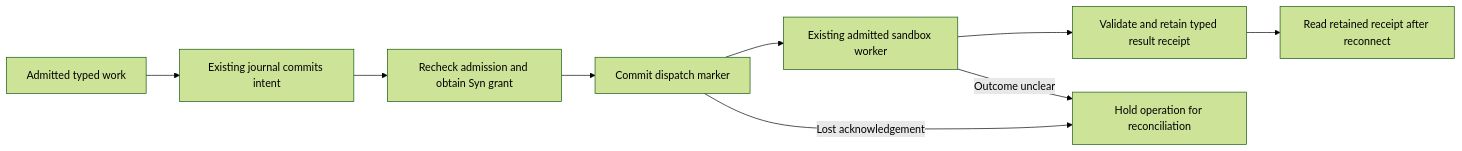
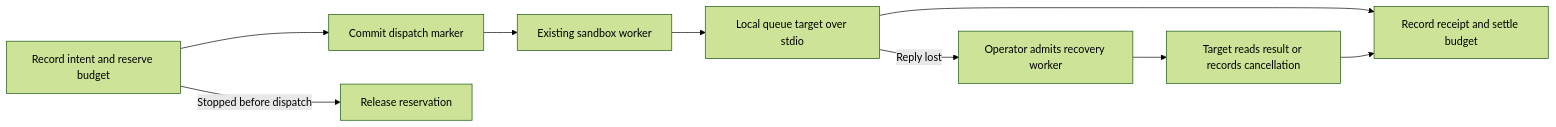
One commit to kieransimkin/potbot changed the diagram in docs/implementation/u01-a-sandbox-transport-recovery.md. Above: the diagram before and after it, drawn with Mermaid (forest theme). The commit also changed other lines of this file and 17 other files, not shown here.

Commit message:
Reconcile sandbox queue effects and settle task budgets

````diff
--- a/docs/implementation/u01-a-sandbox-transport-recovery.md
+++ b/docs/implementation/u01-a-sandbox-transport-recovery.md
@@ -9,11 +8,11 @@
 ```mermaid
 flowchart LR
-    A[Admitted typed work] --> B[Existing journal commits intent]
-    B --> C[Recheck admission and obtain Syn grant]
-    C --> D[Commit dispatch marker]
-    D --> E[Existing admitted sandbox worker]
-    E --> F[Validate and retain typed result receipt]
-    E -->|Outcome unclear| G[Hold operation for reconciliation]
-    D -->|Lost acknowledgement| G
-    F --> H[Read retained receipt after reconnect]
+    A[Record intent and reserve budget] --> B[Commit dispatch marker]
+    B --> C[Existing sandbox worker]
+    C --> D[Local queue target over stdio]
+    D --> E[Record receipt and settle budget]
+    D -->|Reply lost| F[Operator admits recovery worker]
+    F --> G[Target reads result or records cancellation]
+    G --> E
+    A -->|Stopped before dispatch| H[Release reservation]
 ```
````
